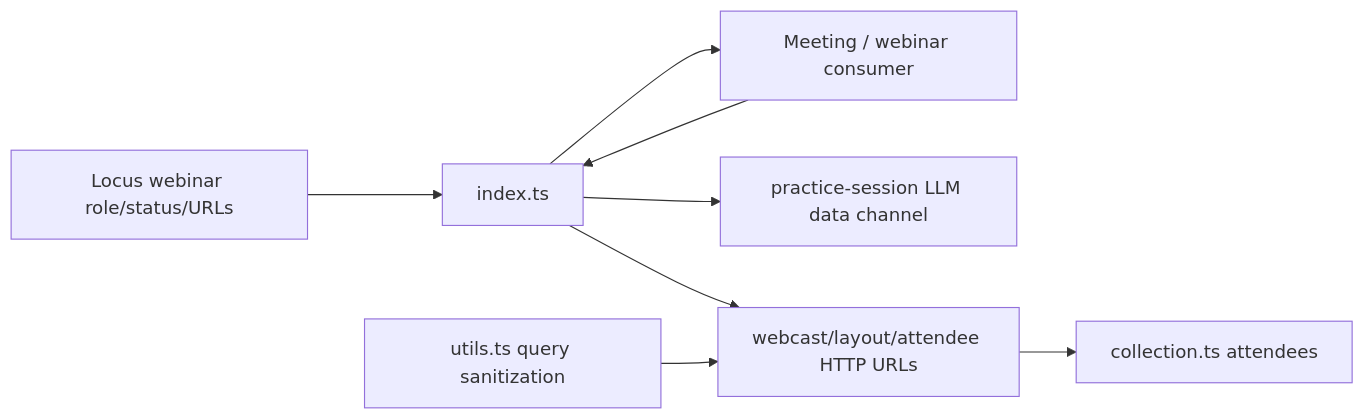
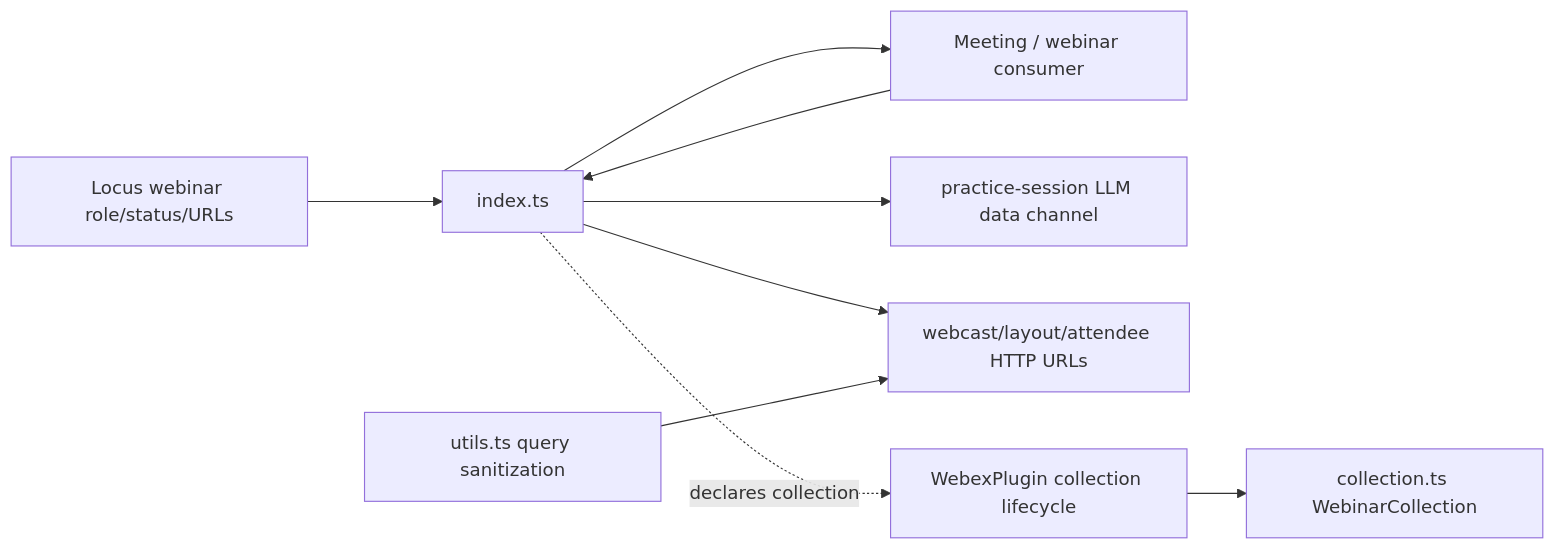
The first of 5 diagrams in packages/@webex/plugin-meetings/src/webinar/ai-docs/webinar-spec.md (webex/webex-js-sdk), drawn with Mermaid before and after one commit. The commit also changed other lines of this file and 24 other files, not shown here.

````diff
--- a/packages/@webex/plugin-meetings/src/webinar/ai-docs/webinar-spec.md
+++ b/packages/@webex/plugin-meetings/src/webinar/ai-docs/webinar-spec.md
@@ -101,10 +104,11 @@
 ```mermaid
 flowchart LR
   Locus[Locus webinar role/status/URLs] --> Controller[index.ts]
   Caller[Meeting / webinar consumer] --> Controller
   Controller --> LLM[practice-session LLM data channel]
   Controller --> Service[webcast/layout/attendee HTTP URLs]
-  Service --> Collection[collection.ts attendees]
+  Framework[WebexPlugin collection lifecycle] --> Collection[collection.ts WebinarCollection]
+  Controller -. declares collection .-> Framework
   Utils[utils.ts query sanitization] --> Service
   Controller --> Caller
 ```
````
